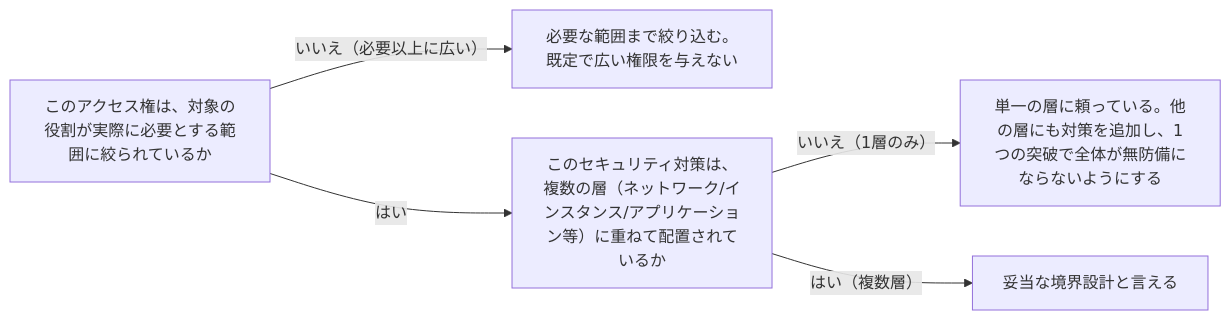
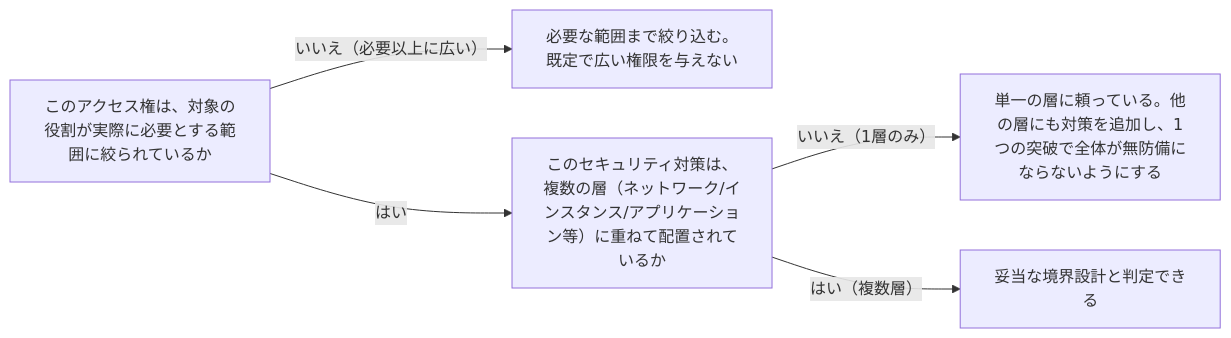
Before and after one commit to daidaiiro-519/daidaiiro: the diagram in .claude/skills/platform-advisor/references/knowledge/security-boundary-and-least-privilege.md, drawn with Mermaid. The commit also changed 120 other files, not shown here.

````diff
--- a/.claude/skills/platform-advisor/references/knowledge/security-boundary-and-least-privilege.md
+++ b/.claude/skills/platform-advisor/references/knowledge/security-boundary-and-least-privilege.md
@@ -43,12 +43,12 @@
 ```mermaid
 flowchart LR
     q1["このアクセス権は、対象の役割が実際に必要とする範囲に絞られているか"]
     r1["必要な範囲まで絞り込む。既定で広い権限を与えない"]
     q2["このセキュリティ対策は、複数の層（ネットワーク/インスタンス/アプリケーション等）に重ねて配置されているか"]
     r2["単一の層に頼っている。他の層にも対策を追加し、1つの突破で全体が無防備にならないようにする"]
-    r3["妥当な境界設計と言える"]
+    r3["妥当な境界設計と判定できる"]
     q1 -->|"いいえ（必要以上に広い）"| r1
     q1 -->|"はい"| q2
     q2 -->|"いいえ（1層のみ）"| r2
     q2 -->|"はい（複数層）"| r3
 ```
````
